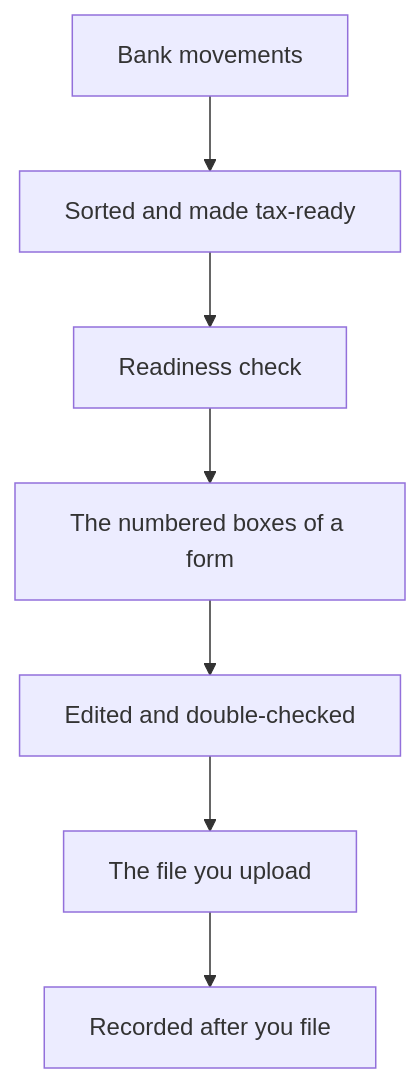
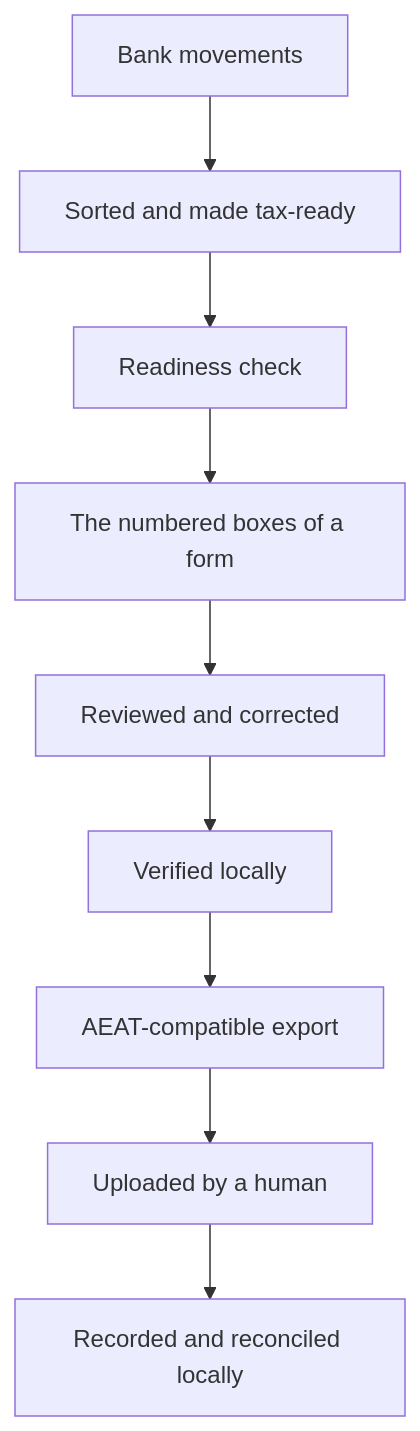
Before and after one commit to nevenincs/cadrumo: the diagram in docs/explanation/index.md, drawn with Mermaid. The commit also changed other lines of this file and 410 other files, not shown here.

````diff
--- a/docs/explanation/index.md
+++ b/docs/explanation/index.md
@@ -19,9 +34,11 @@
 ```mermaid
 graph TD
     A["Bank movements"] --> B["Sorted and made tax-ready"]
     B --> C["Readiness check"]
     C --> D["The numbered boxes of a form"]
-    D --> E["Edited and double-checked"]
-    E --> F["The file you upload"]
-    F --> G["Recorded after you file"]
+    D --> E["Reviewed and corrected"]
+    E --> F["Verified locally"]
+    F --> G["AEAT-compatible export"]
+    G --> H["Uploaded by a human"]
+    H --> I["Recorded and reconciled locally"]
 ```
````
